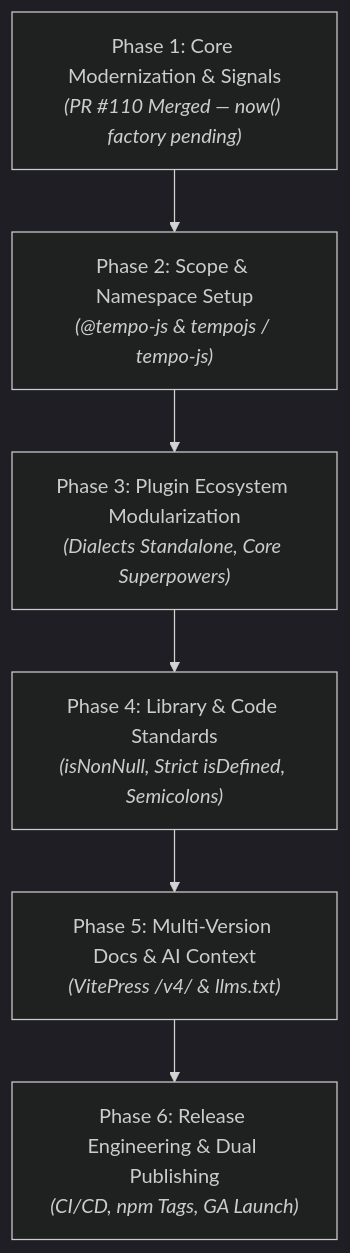
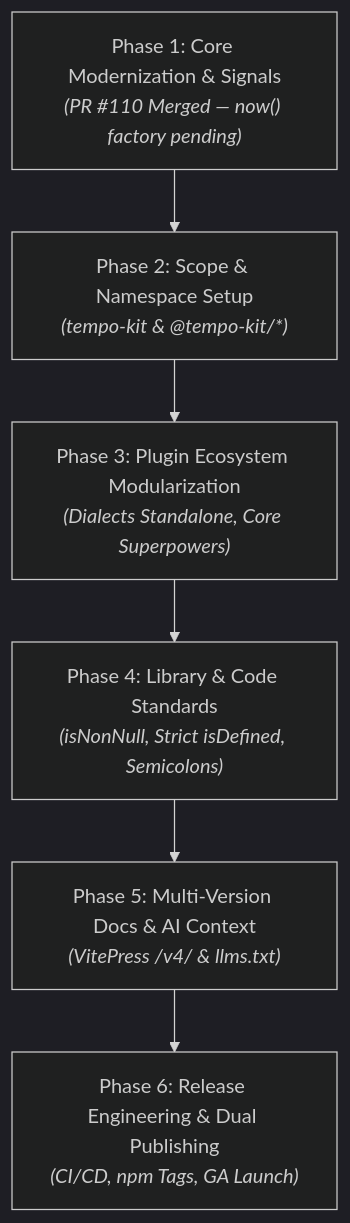
The diagram in packages/tempo/plan/v5-master-plan.md (magmacomputing/magma), drawn with Mermaid (dark theme) before and after one commit. The commit also changed other lines of this file and 82 other files, not shown here.

First line of the commit message:
Feature/tempo kit (#117)

````diff
--- a/packages/tempo/plan/v5-master-plan.md
+++ b/packages/tempo/plan/v5-master-plan.md
@@ -13,8 +13,8 @@
 ```mermaid
 graph TD
-  P1["Phase 1: Core Modernization & Signals<br><i>(PR #110 Merged — now() factory pending)</i>"] --> P2["Phase 2: Scope & Namespace Setup<br><i>(@tempo-js & tempojs / tempo-js)</i>"]
+  P1["Phase 1: Core Modernization & Signals<br><i>(PR #110 Merged — now() factory pending)</i>"] --> P2["Phase 2: Scope & Namespace Setup<br><i>(tempo-kit & @tempo-kit/*)</i>"]
   P2 --> P3["Phase 3: Plugin Ecosystem Modularization<br><i>(Dialects Standalone, Core Superpowers)</i>"]
   P3 --> P4["Phase 4: Library & Code Standards<br><i>(isNonNull, Strict isDefined, Semicolons)</i>"]
   P4 --> P5["Phase 5: Multi-Version Docs & AI Context<br><i>(VitePress /v4/ & llms.txt)</i>"]
   P5 --> P6["Phase 6: Release Engineering & Dual Publishing<br><i>(CI/CD, npm Tags, GA Launch)</i>"]
 ```
````
